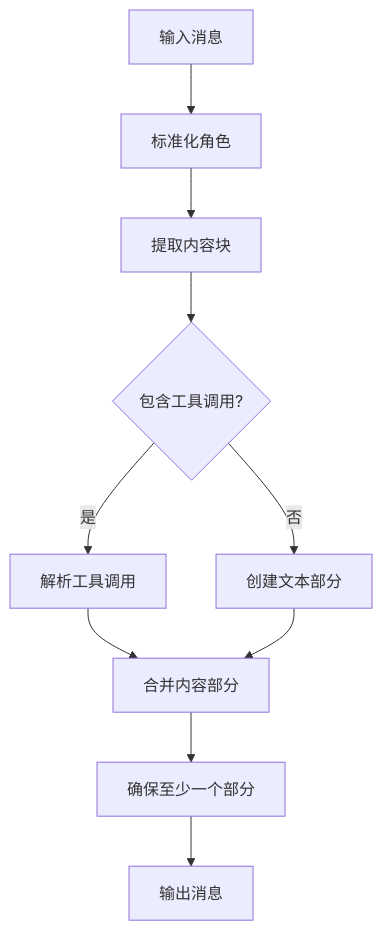
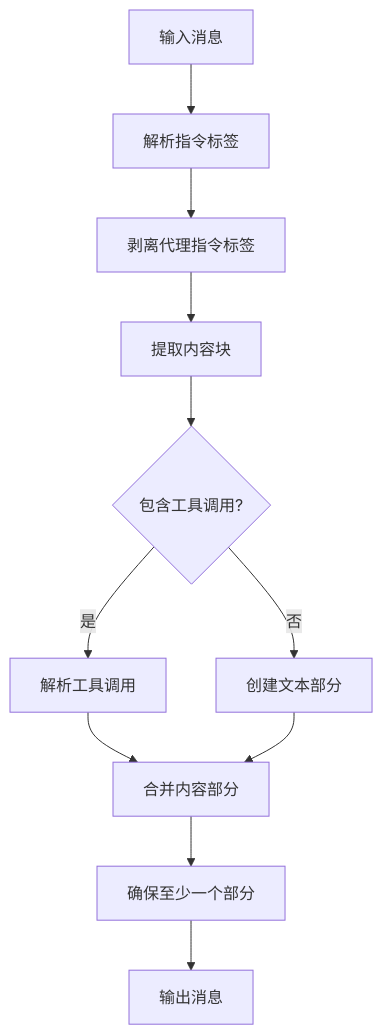
Before and after one commit to verse-ai-org/openclaw: diagram 14 of 27 in .qoder/repowiki/zh/content/Web界面/WebChat界面/聊天运行时提供者增强.md, drawn with Mermaid. The commit also changed other lines of this file and 18 other files, not shown here.

````diff
--- a/.qoder/repowiki/zh/content/Web界面/WebChat界面/聊天运行时提供者增强.md
+++ b/.qoder/repowiki/zh/content/Web界面/WebChat界面/聊天运行时提供者增强.md
@@ -793,12 +842,13 @@
 ```mermaid
 flowchart TD
-InputMessage[输入消息] --> NormalizeRole["标准化角色"]
-NormalizeRole --> ExtractContent["提取内容块"]
+InputMessage[输入消息] --> ParseDirectives["解析指令标签"]
+ParseDirectives --> StripTags["剥离代理指令标签"]
+StripTags --> ExtractContent["提取内容块"]
 ExtractContent --> CheckToolCalls{"包含工具调用?"}
 CheckToolCalls --> |是| ParseToolCalls["解析工具调用"]
 CheckToolCalls --> |否| CreateTextPart["创建文本部分"]
 ParseToolCalls --> MergeParts["合并内容部分"]
 CreateTextPart --> MergeParts
 MergeParts --> EnsureMinParts["确保至少一个部分"]
 EnsureMinParts --> OutputMessage[输出消息]
 ```
````
